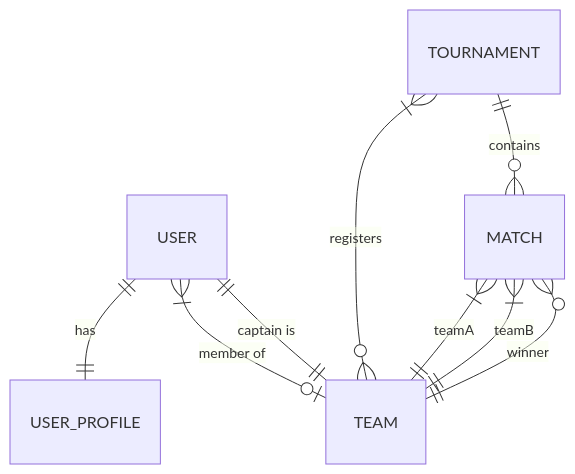
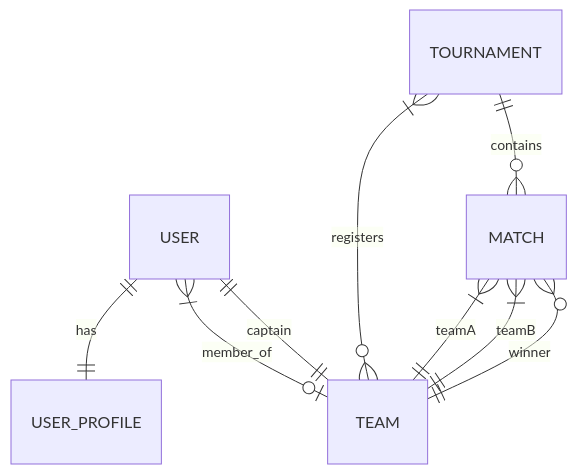
One commit to prakashv120/GameSphere-Enterprise-Backend changed the diagram in README.md. Above: the diagram before and after it, drawn with Mermaid. The commit also changed other lines of this file, not shown here.

````diff
--- a/README.md
+++ b/README.md
@@ -39,11 +291,19 @@
 ```mermaid
 erDiagram
-    USER ||--|| USER_PROFILE : "has"
-    USER }|--o| TEAM : "member of"
-    TEAM ||--|| USER : "captain is"
-    TOURNAMENT }|--o{ TEAM : "registers"
-    TOURNAMENT ||--o{ MATCH : "contains"
-    MATCH }|--|| TEAM : "teamA"
-    MATCH }|--|| TEAM : "teamB"
-    MATCH }o--|| TEAM : "winner"
+
+USER ||--|| USER_PROFILE : has
+
+USER }|--o| TEAM : member_of
+
+TEAM ||--|| USER : captain
+
+TOURNAMENT }|--o{ TEAM : registers
+
+TOURNAMENT ||--o{ MATCH : contains
+
+MATCH }|--|| TEAM : teamA
+
+MATCH }|--|| TEAM : teamB
+
+MATCH }o--|| TEAM : winner
 ```
````
